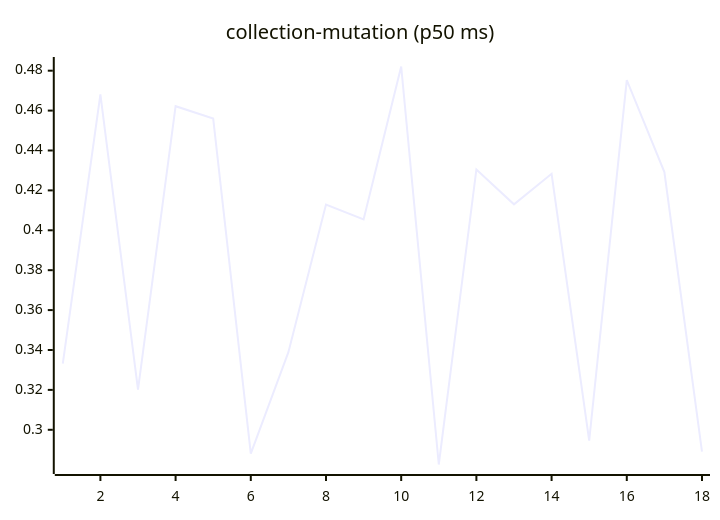
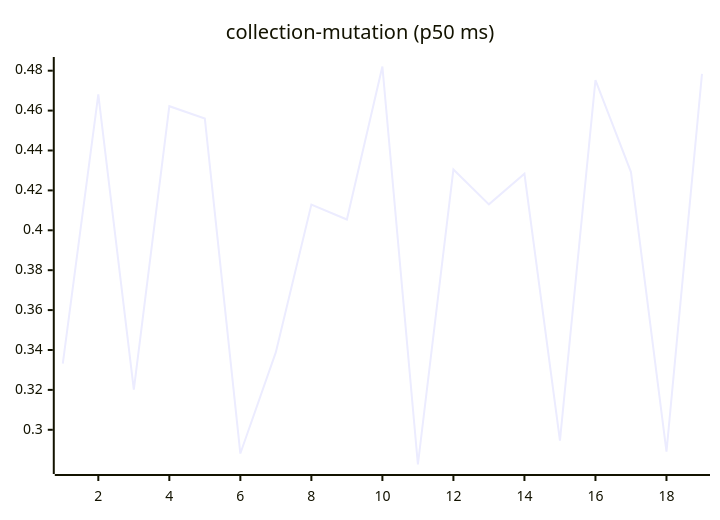
The sixth of 27 diagrams in README.md (josha/Facet), drawn with Mermaid before and after one commit. The commit also changed other lines of this file and 2 other files, not shown here.

````diff
--- a/README.md
+++ b/README.md
@@ -98,6 +98,6 @@
 ```mermaid
 xychart-beta
     title "collection-mutation (p50 ms)"
-    x-axis 1 --> 18
-    line [0.3332, 0.4681, 0.3201, 0.4622, 0.4560, 0.2881, 0.3389, 0.4129, 0.4054, 0.4821, 0.2826, 0.4305, 0.4130, 0.4283, 0.2946, 0.4753, 0.4292, 0.2890]
+    x-axis 1 --> 19
+    line [0.3332, 0.4681, 0.3201, 0.4622, 0.4560, 0.2881, 0.3389, 0.4129, 0.4054, 0.4821, 0.2826, 0.4305, 0.4130, 0.4283, 0.2946, 0.4753, 0.4292, 0.2890, 0.4784]
 ```
````
